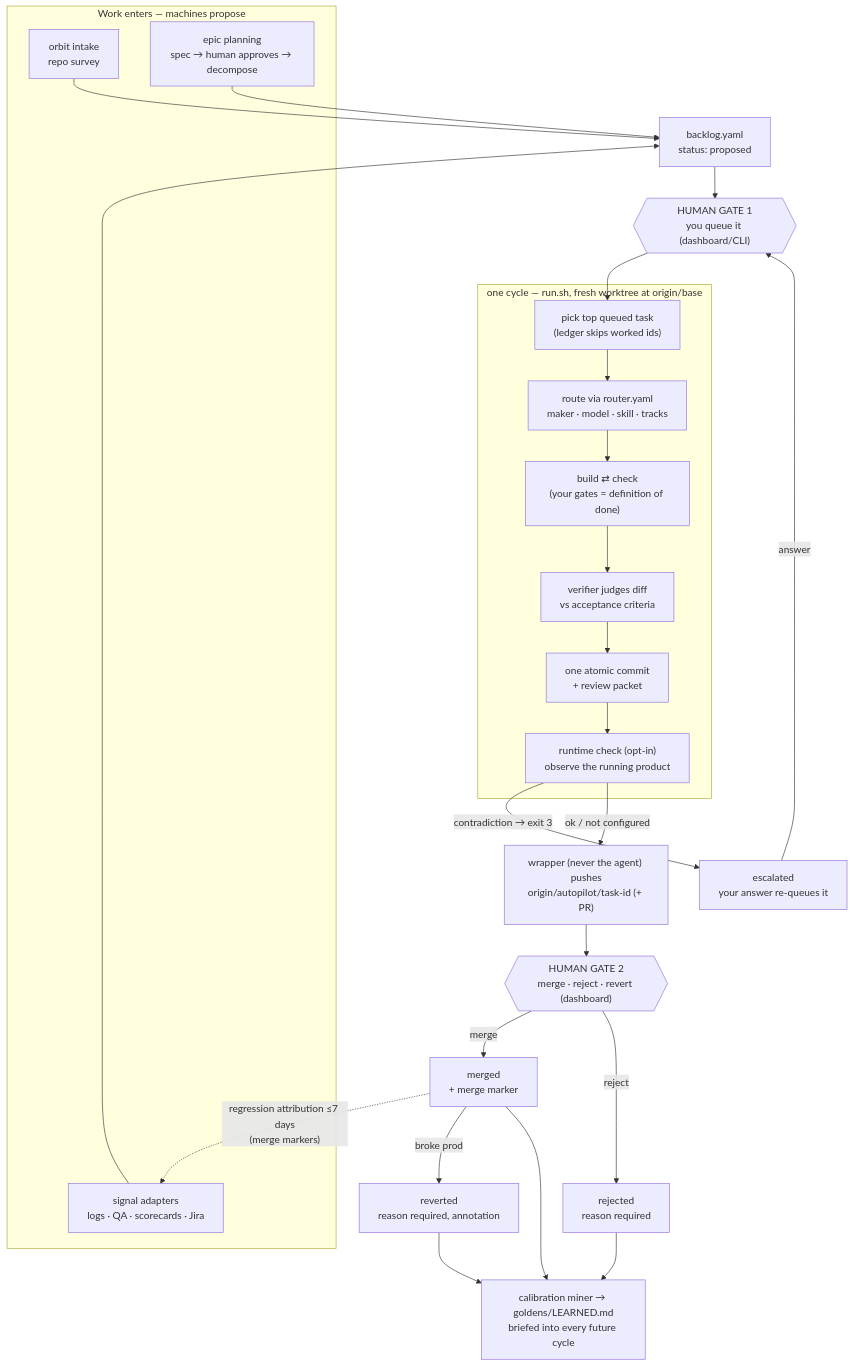
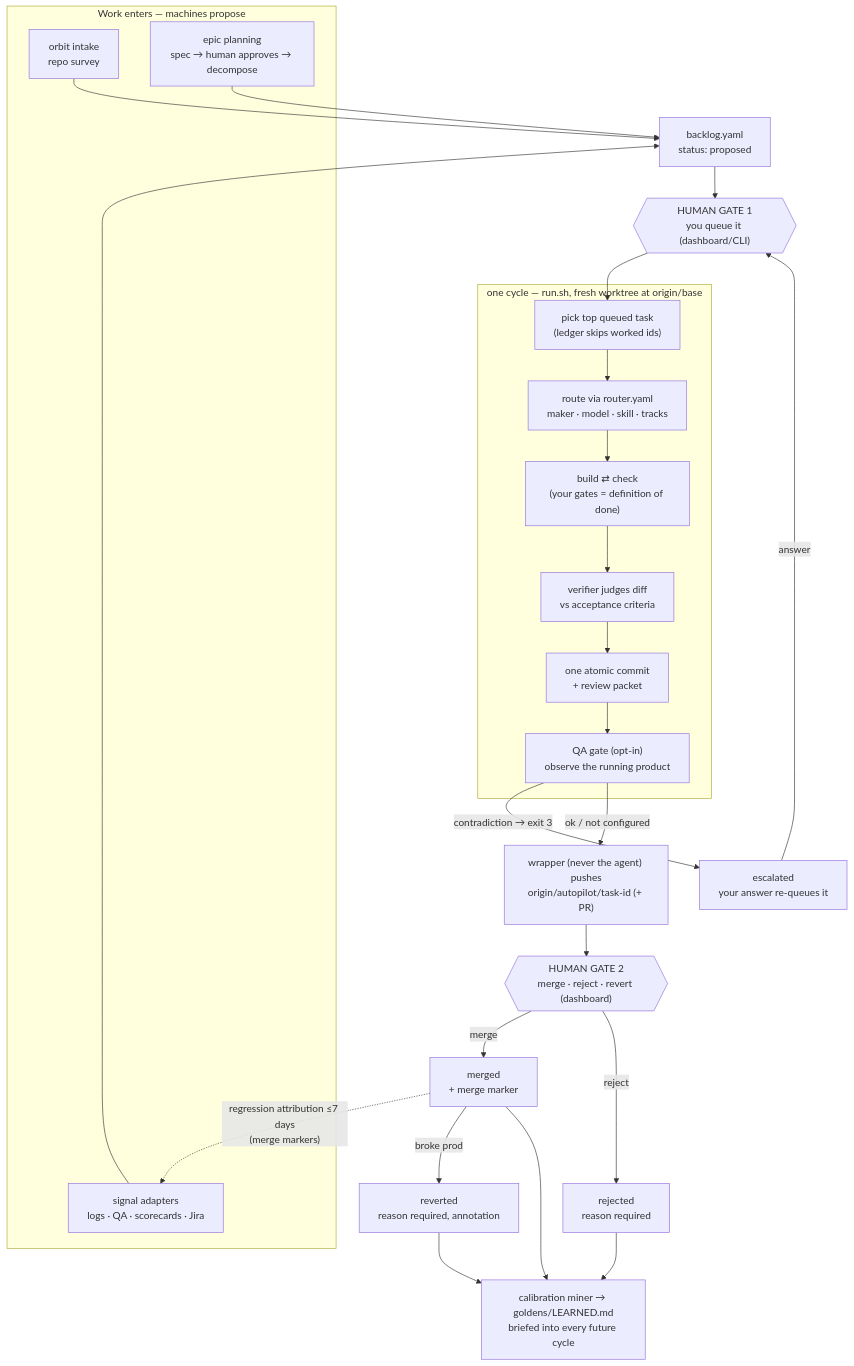
One commit to arun-aryasomayajula/orbit changed the first of 2 diagrams in README.md. Above: the diagram before and after it, drawn with Mermaid. The commit also changed other lines of this file and 4 other files, not shown here.

Commit message:
docs: QA gate + dev⇄QA loop — SETUP, ARCHITECTURE, README, operator guide; run.sh comment

````diff
--- a/README.md
+++ b/README.md
@@ -78,40 +78,40 @@
 ```mermaid
 flowchart TD
     subgraph enter["Work enters — machines propose"]
         intake["orbit intake<br/>repo survey"]
         adapters["signal adapters<br/>logs · QA · scorecards · Jira"]
         epics["epic planning<br/>spec → human approves → decompose"]
     end
     backlog["backlog.yaml<br/>status: proposed"]
     promote{{"HUMAN GATE 1<br/>you queue it (dashboard/CLI)"}}
     subgraph cycle["one cycle — run.sh, fresh worktree at origin/base"]
         pick["pick top queued task<br/>(ledger skips worked ids)"]
         route["route via router.yaml<br/>maker · model · skill · tracks"]
         build["build ⇄ check<br/>(your gates = definition of done)"]
         verify["verifier judges diff<br/>vs acceptance criteria"]
         commit["one atomic commit<br/>+ review packet"]
-        rt["runtime check (opt-in)<br/>observe the running product"]
+        rt["QA gate (opt-in)<br/>observe the running product"]
     end
     push["wrapper (never the agent) pushes<br/>origin/autopilot/task-id (+ PR)"]
     gate{{"HUMAN GATE 2<br/>merge · reject · revert (dashboard)"}}
     merged["merged<br/>+ merge marker"]
     rejected["rejected<br/>reason required"]
     reverted["reverted<br/>reason required, annotation"]
     escal["escalated<br/>your answer re-queues it"]
     learn["calibration miner → goldens/LEARNED.md<br/>briefed into every future cycle"]
 
     intake --> backlog
     adapters --> backlog
     epics --> backlog
     backlog --> promote --> pick --> route --> build --> verify --> commit --> rt
     rt -- "contradiction → exit 3" --> escal
     rt -- ok / not configured --> push --> gate
     gate -- merge --> merged
     gate -- reject --> rejected
     merged -- "broke prod" --> reverted
     escal -- answer --> promote
     merged --> learn
     rejected --> learn
     reverted --> learn
     merged -. "regression attribution ≤7 days<br/>(merge markers)" .-> adapters
 ```
````
